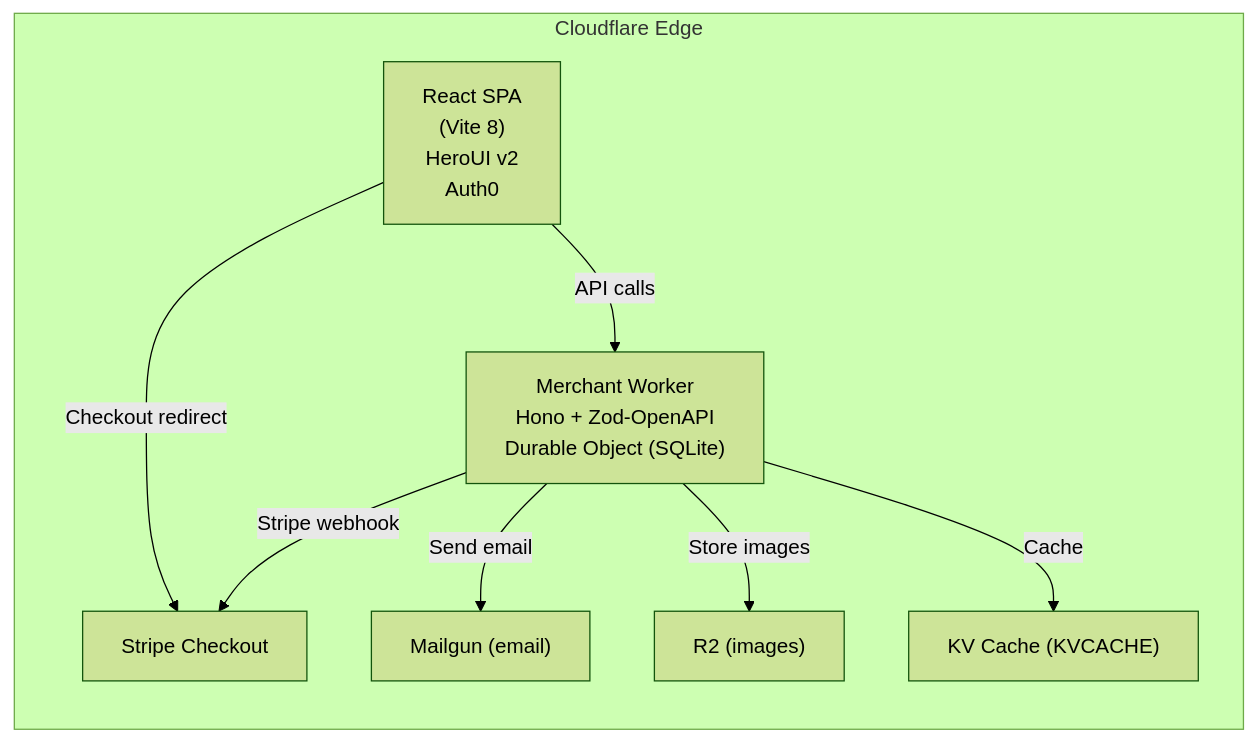
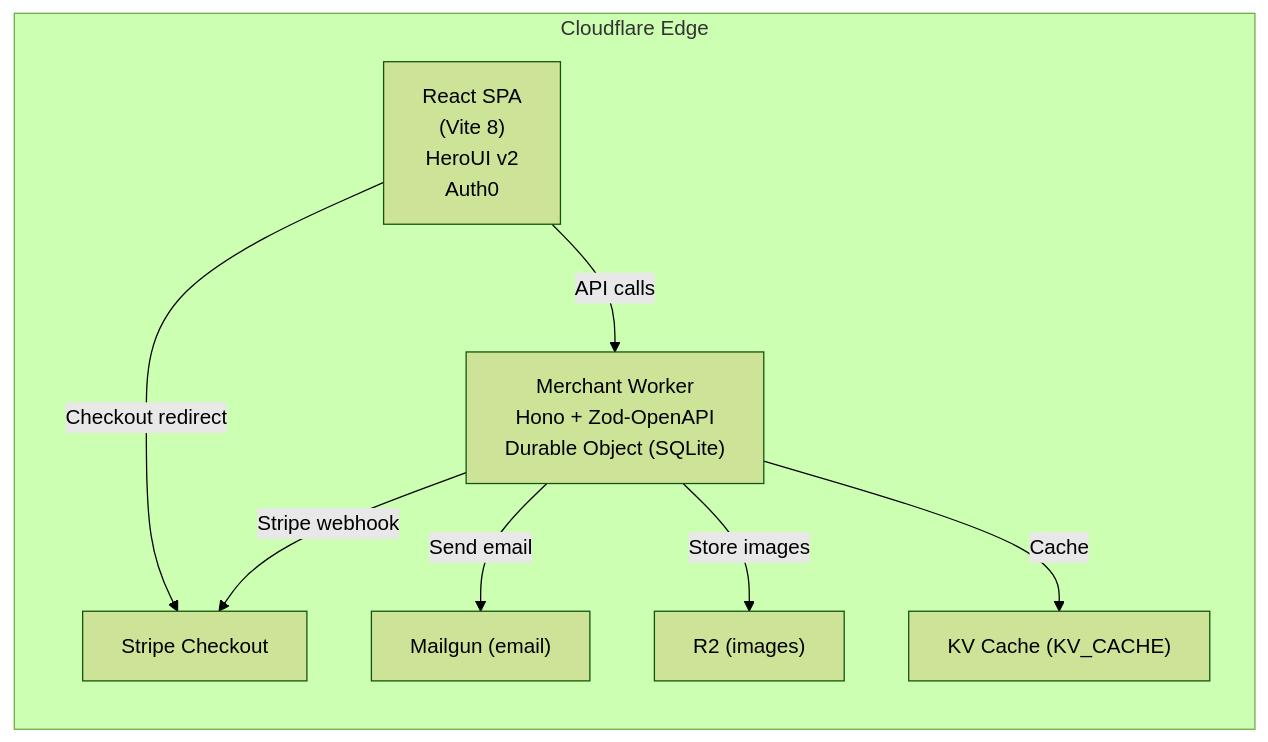
The diagram in README.md (reviewtopperjhanik-a11y/fufuni), drawn with Mermaid (forest theme) before and after one commit. The commit also changed other lines of this file and 1 other file, not shown here.

````diff
--- a/README.md
+++ b/README.md
@@ -173,18 +174,18 @@
 ```mermaid
 flowchart LR
   subgraph Cloudflare Edge
     React["React SPA<br/>(Vite 8)<br/>HeroUI v2<br/>Auth0"]
     Merchant["Merchant Worker<br/>Hono + Zod-OpenAPI<br/>Durable Object (SQLite)"]
     Stripe["Stripe Checkout"]
     Mailgun["Mailgun (email)"]
     R2["R2 (images)"]
-    KV["KV Cache (KVCACHE)"]
+    KV["KV Cache (KV_CACHE)"]
   end
 
   React -->|API calls| Merchant
   React -->|Checkout redirect| Stripe
   Merchant -->|Stripe webhook| Stripe
   Merchant -->|Send email| Mailgun
   Merchant -->|Store images| R2
   Merchant -->|Cache| KV
 ```
````
